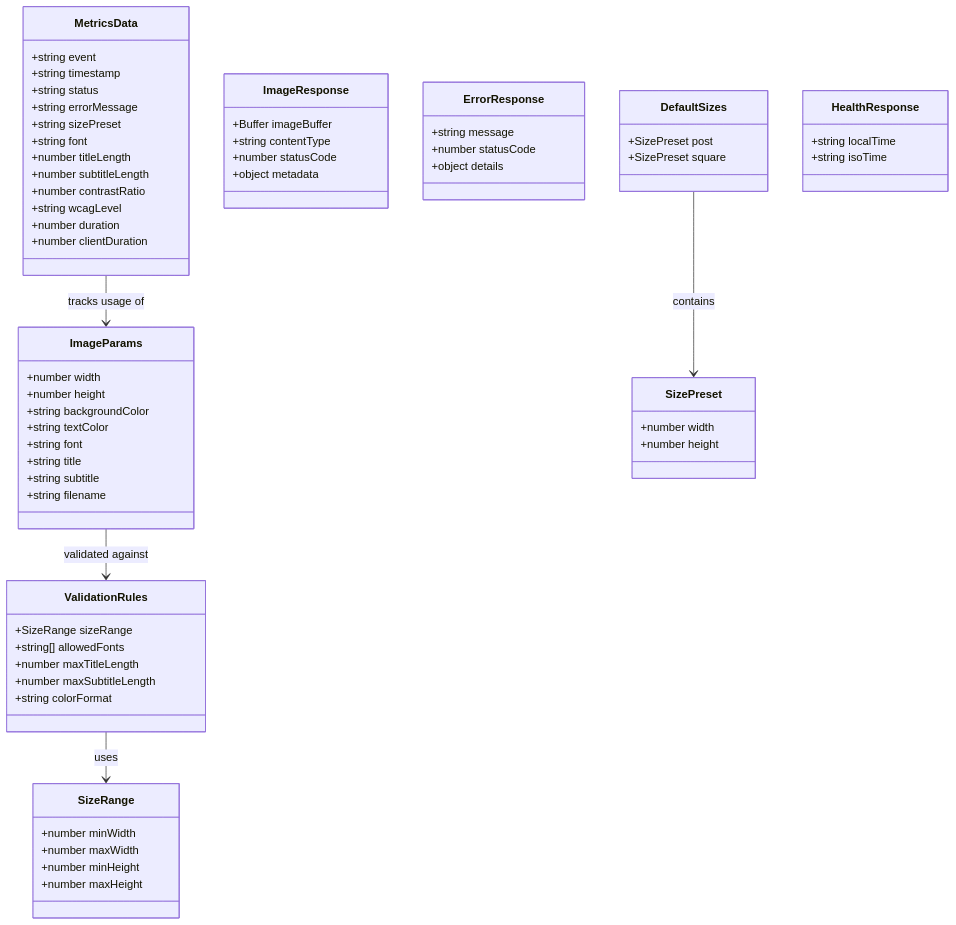
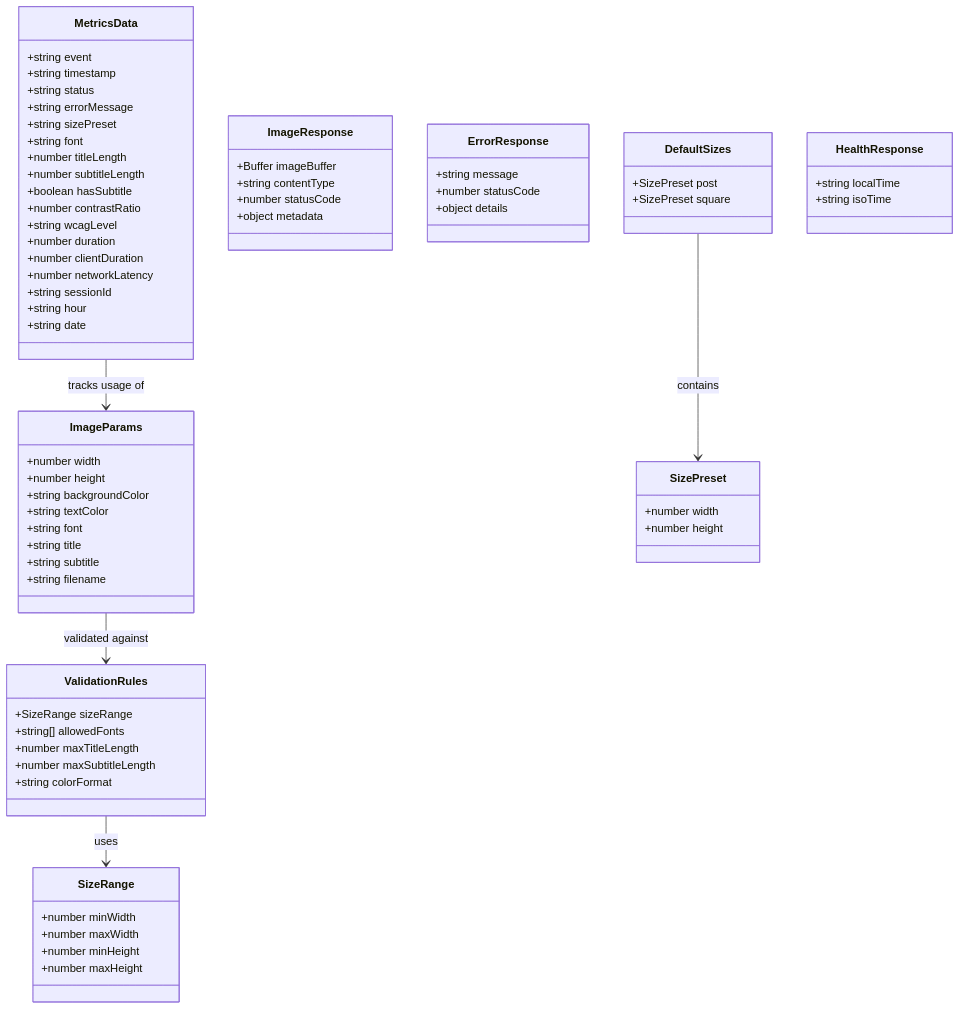
The third of 7 diagrams in docs/backend_architecture.md (victoriacheng15/cover-craft), drawn with Mermaid before and after one commit. The commit also changed other lines of this file and 3 other files, not shown here.

````diff
--- a/docs/backend_architecture.md
+++ b/docs/backend_architecture.md
@@ -109,76 +114,81 @@
 ```mermaid
 classDiagram
     class ImageParams {
         +number width
         +number height
         +string backgroundColor
         +string textColor
         +string font
         +string title
         +string subtitle
         +string filename
     }
 
     class DefaultSizes {
         +SizePreset post
         +SizePreset square
     }
 
     class SizePreset {
         +number width
         +number height
     }
 
     class ImageResponse {
         +Buffer imageBuffer
         +string contentType
         +number statusCode
         +object metadata
     }
 
     class ErrorResponse {
         +string message
         +number statusCode
         +object details
     }
 
     class ValidationRules {
         +SizeRange sizeRange
         +string[] allowedFonts
         +number maxTitleLength
         +number maxSubtitleLength
         +string colorFormat
     }
 
     class SizeRange {
         +number minWidth
         +number maxWidth
         +number minHeight
         +number maxHeight
     }
 
     class MetricsData {
         +string event
         +string timestamp
         +string status
         +string errorMessage
         +string sizePreset
         +string font
         +number titleLength
         +number subtitleLength
+        +boolean hasSubtitle
         +number contrastRatio
         +string wcagLevel
         +number duration
         +number clientDuration
+        +number networkLatency
+        +string sessionId
+        +string hour
+        +string date
     }
 
     class HealthResponse {
         +string localTime
         +string isoTime
     }
 
     DefaultSizes --> SizePreset : contains
     ValidationRules --> SizeRange : uses
     ImageParams --> ValidationRules : validated against
     MetricsData --> ImageParams : tracks usage of
 ```
````
